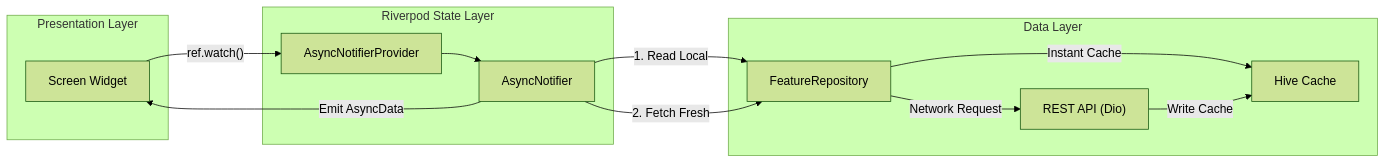
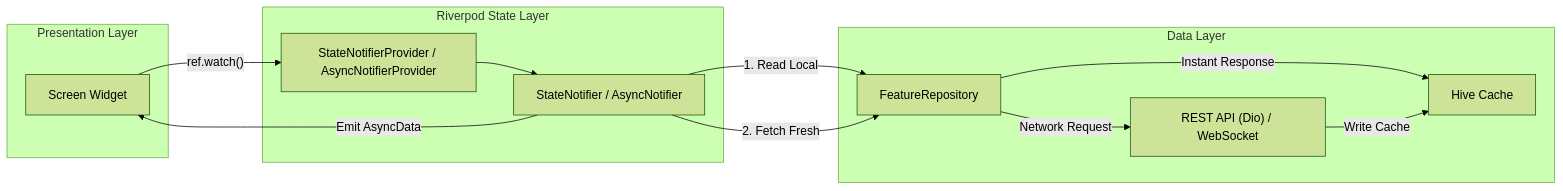
Before and after one commit to agrietech/agriEtech-frontend: the second of 3 diagrams in docs/ARCHITECTURE.md, drawn with Mermaid (forest theme). The commit also changed other lines of this file and 3 other files, not shown here.

Commit message:
Update Architecture, Modules Catalog, Team Task Assignments, and README (#26)

````diff
--- a/docs/ARCHITECTURE.md
+++ b/docs/ARCHITECTURE.md
@@ -79,26 +89,26 @@
 ```mermaid
 flowchart LR
     subgraph UI["Presentation Layer"]
         Screen["Screen Widget"]
     end
 
     subgraph Riverpod["Riverpod State Layer"]
-        Provider["AsyncNotifierProvider"]
-        Notifier["AsyncNotifier"]
+        Provider["StateNotifierProvider / AsyncNotifierProvider"]
+        Notifier["StateNotifier / AsyncNotifier"]
     end
 
-    subgraph Data["Data Layer"]
+    subgraph DataLayer["Data Layer"]
         Repo["FeatureRepository"]
         Cache["Hive Cache"]
-        Remote["REST API (Dio)"]
+        Remote["REST API (Dio) / WebSocket"]
     end
 
     Screen -->|"ref.watch()"| Provider
     Provider --> Notifier
     Notifier -->|"1. Read Local"| Repo
-    Repo -->|"Instant Cache"| Cache
+    Repo -->|"Instant Response"| Cache
     Notifier -->|"2. Fetch Fresh"| Repo
     Repo -->|"Network Request"| Remote
     Remote -->|"Write Cache"| Cache
     Notifier -->|"Emit AsyncData"| Screen
 ```
````
